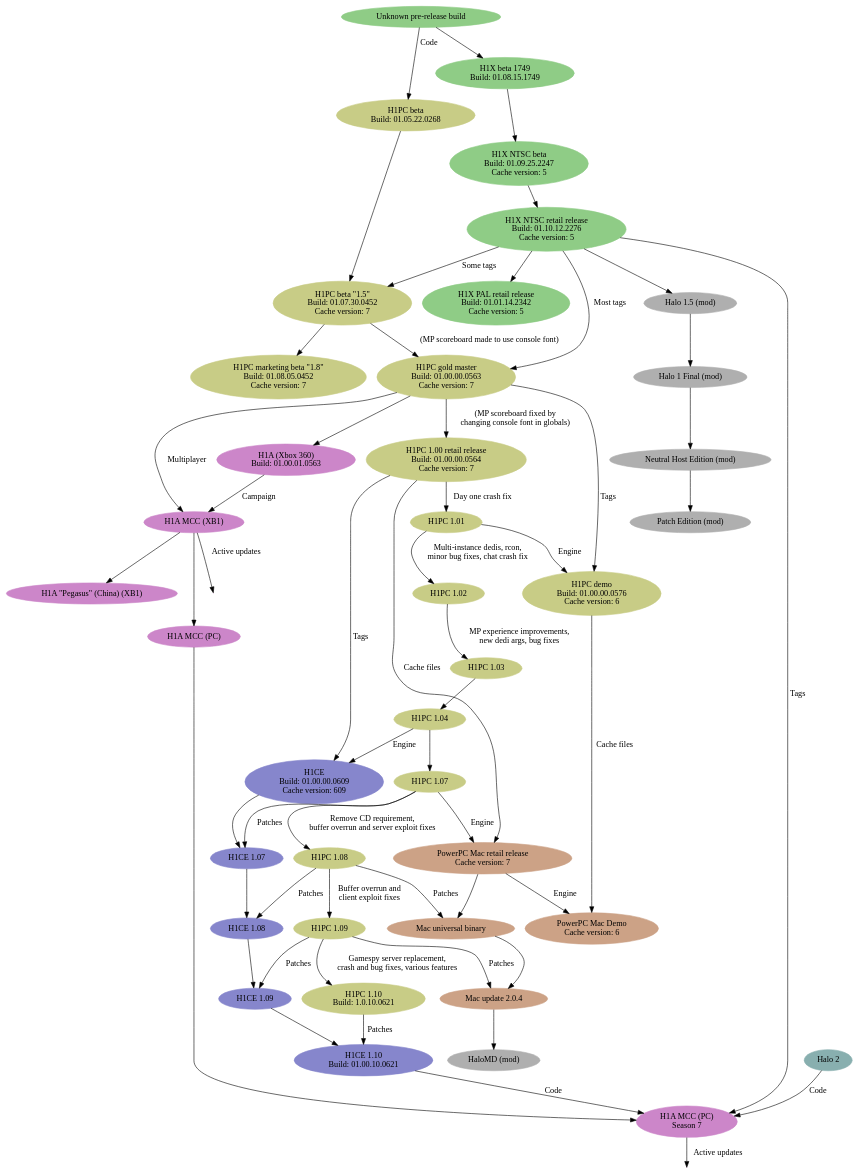
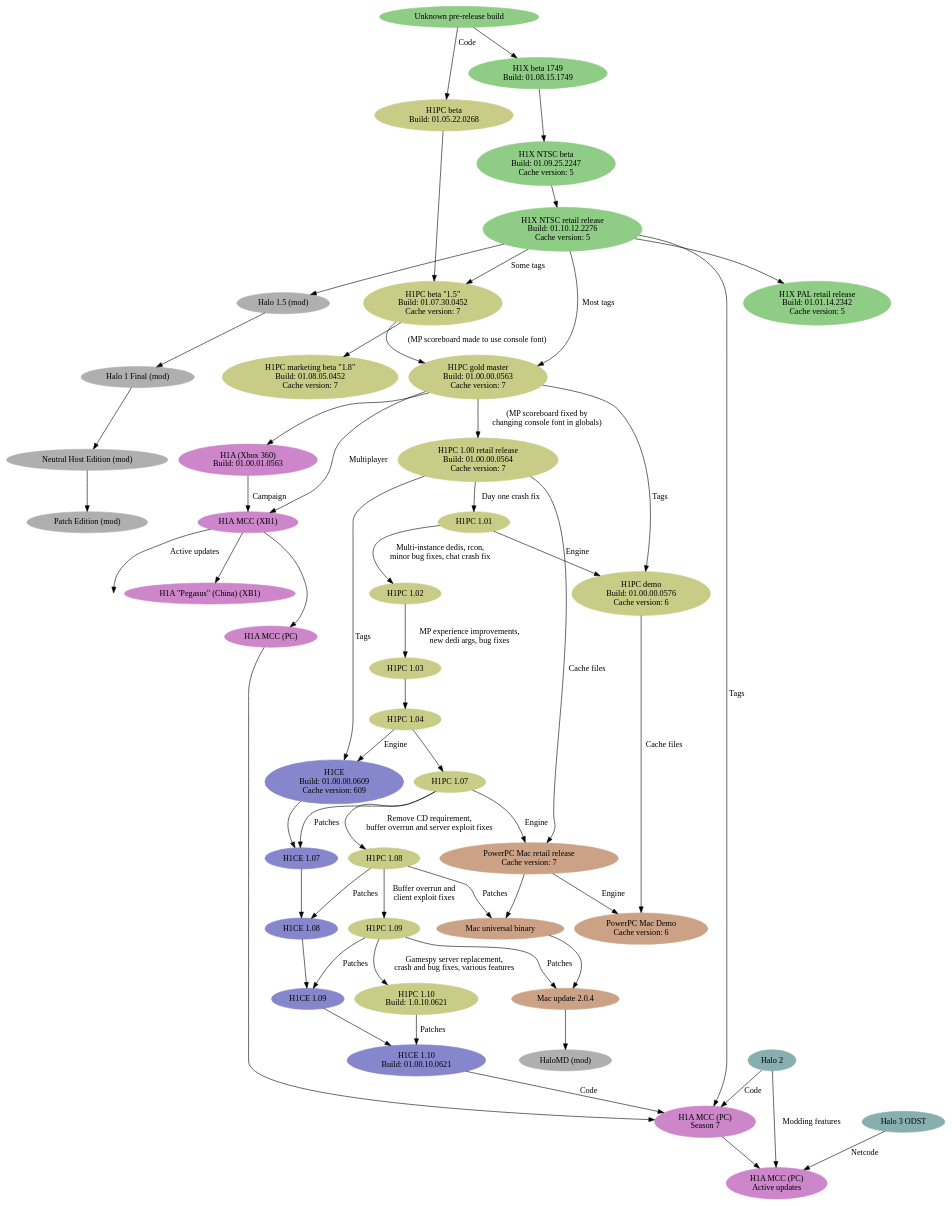
Before and after one commit to Sigmmma/c20: the diagram in src/content/h1/games.dot, drawn with Graphviz. The commit also changed 22 other files, not shown here.

```diff
--- a/src/content/h1/games.dot
+++ b/src/content/h1/games.dot
@@ -1,136 +1,139 @@
 digraph G {
   subgraph h1x {
     node [style=filled color="#8fcc86"]
     h1x_pre [label="Unknown pre-release build"]
     h1x_1749 [label="H1X beta 1749\nBuild: 01.08.15.1749"]
     h1x_ntsc_beta [label="H1X NTSC beta\nBuild: 01.09.25.2247\nCache version: 5"]
     h1x_ntsc_retail [label="H1X NTSC retail release\nBuild: 01.10.12.2276\nCache version: 5"]
     h1x_pal_retail [label="H1X PAL retail release\nBuild: 01.01.14.2342\nCache version: 5"]
   }
 
   #mods
   node [style=filled color="#afafaf"];
   h15 [label="Halo 1.5 (mod)"];
   h1final [label="Halo 1 Final (mod)"];
   nhe [label="Neutral Host Edition (mod)"];
   pe [label="Patch Edition (mod)"];
   halomd [label="HaloMD (mod)"];
 
   subgraph h1pc {
     node [style=filled color="#c8cc86"];
     pc_beta1 [label="H1PC beta\nBuild: 01.05.22.0268"];
     pc_beta2 [label="H1PC beta \"1.5\"\nBuild: 01.07.30.0452\nCache version: 7"];
     pc_beta3 [label="H1PC marketing beta \"1.8\"\nBuild: 01.08.05.0452 \nCache version: 7"];
     pc_gold [label="H1PC gold master\nBuild: 01.00.00.0563\nCache version: 7"];
     pc_100 [label="H1PC 1.00 retail release\nBuild: 01.00.00.0564\nCache version: 7"];
     pc_101 [label="H1PC 1.01"];
     pc_102 [label="H1PC 1.02"];
     pc_103 [label="H1PC 1.03"];
     pc_104 [label="H1PC 1.04"];
     pc_107 [label="H1PC 1.07"];
     pc_108 [label="H1PC 1.08"];
     pc_109 [label="H1PC 1.09"];
     pc_110 [label="H1PC 1.10\nBuild: 1.0.10.0621"];
     pc_demo [label="H1PC demo\nBuild: 01.00.00.0576\nCache version: 6"];
   }
 
   subgraph mac {
     node [style=filled color="#cca286"];
     mac_retail [label="PowerPC Mac retail release\nCache version: 7"];
     mac_universal [label="Mac universal binary"];
     mac_204 [label="Mac update 2.0.4"];
     mac_demo [label="PowerPC Mac Demo\nCache version: 6"];
   }
 
   subgraph h1ce {
     node [style=filled color="#8686cc"];
     h1ce_100 [label="H1CE\nBuild: 01.00.00.0609\nCache version: 609"];
     h1ce_107 [label="H1CE 1.07"];
     h1ce_108 [label="H1CE 1.08"];
     h1ce_109 [label="H1CE 1.09"];
     h1ce_110 [label="H1CE 1.10\nBuild: 01.00.10.0621"];
   }
 
   subgraph h1a {
     node [style=filled color="#cc86c9"];
     h1a_360 [label="H1A (Xbox 360)\nBuild: 01.00.01.0563"];
     h1a_xbone [label="H1A MCC (XB1)"];
     h1a_xbone_china [label="H1A \"Pegasus\" (China) (XB1)"];
     h1a_pc [label="H1A MCC (PC)"];
     h1a_pc_s7 [label="H1A MCC (PC)\nSeason 7"];
-    h1a_pc_live [label="", fixedsize="false", width=0, height=0, shape=none];
+    h1a_pc_live [label="H1A MCC (PC)\nActive updates"];
     h1a_xbone_live [label="", fixedsize="false", width=0, height=0, shape=none];
   }
 
 
 
   #other games
   node [style=filled color="#88afaf"];
   h2 [label="Halo 2"];
+  odst [label="Halo 3 ODST"];
 
   h1x_pre -> h1x_1749;
   h1x_1749 -> h1x_ntsc_beta;
   h1x_ntsc_beta -> h1x_ntsc_retail;
   h1x_ntsc_retail -> h1x_pal_retail;
 
   # gearbox pc line
   h1x_pre -> pc_beta1 [label="Code"];
   pc_beta1 -> pc_beta2;
   h1x_ntsc_retail -> pc_beta2 [label="Some tags"];
   pc_beta2 -> pc_beta3;
   pc_beta2 -> pc_gold [label="(MP scoreboard made to use console font)"];
   h1x_ntsc_retail -> pc_gold [label="Most tags"];
   pc_gold -> pc_100 [label="(MP scoreboard fixed by\nchanging console font in globals)"];
   pc_100 -> pc_101 [label="Day one crash fix"];
   pc_101 -> pc_102 [label="Multi-instance dedis, rcon,\nminor bug fixes, chat crash fix"];
   pc_102 -> pc_103 [label="MP experience improvements,\nnew dedi args, bug fixes"];
   pc_103 -> pc_104;
   pc_104 -> pc_107;
   pc_107 -> pc_108 [label="Remove CD requirement,\nbuffer overrun and server exploit fixes"];
   pc_108 -> pc_109 [label="Buffer overrun and\nclient exploit fixes"];
   pc_109 -> pc_110 [label="Gamespy server replacement,\ncrash and bug fixes, various features"];
   pc_gold -> pc_demo [label="Tags"];
   pc_101 -> pc_demo [label="Engine"];
 
   # custom edition line
   pc_104 -> h1ce_100 [label="Engine"];
   pc_100 -> h1ce_100 [label="Tags"];
   h1ce_100 -> h1ce_107;
   pc_107 -> h1ce_107 [label="Patches"];
   h1ce_107 -> h1ce_108;
   pc_108 -> h1ce_108 [label="Patches"];
   h1ce_108 -> h1ce_109;
   pc_109 -> h1ce_109 [label="Patches"];
   h1ce_109 -> h1ce_110;
   pc_110 -> h1ce_110 [label="Patches"];
 
   # mac
   pc_demo -> mac_demo [label="Cache files"];
   pc_100 -> mac_retail [label="Cache files"];
   pc_107 -> mac_retail [label="Engine"];
   mac_retail -> mac_demo [label="Engine"];
   mac_retail -> mac_universal;
   pc_108 -> mac_universal [label="Patches"];
   mac_universal -> mac_204;
   pc_109 -> mac_204 [label="Patches"];
 
   # mods
   h1x_ntsc_retail -> h15;
   h15 -> h1final;
   h1final -> nhe;
   nhe -> pe;
   mac_204 -> halomd;
 
   # h1a and mcc
   pc_gold -> h1a_360;
   h1a_360 -> h1a_xbone [label="Campaign"];
   pc_gold -> h1a_xbone [label="Multiplayer"];
   h1a_xbone -> h1a_pc;
   h1a_xbone -> h1a_xbone_live [label="Active updates"];
   h1a_xbone -> h1a_xbone_china;
   h1a_pc -> h1a_pc_s7;
   h1ce_110 -> h1a_pc_s7 [label="Code"];
   h1x_ntsc_retail -> h1a_pc_s7 [label="Tags"];
   h2 -> h1a_pc_s7 [label="Code"];
-  h1a_pc_s7 -> h1a_pc_live [label="Active updates"];
+  h2 -> h1a_pc_live [label="Modding features"];
+  odst -> h1a_pc_live [label="Netcode"];
+  h1a_pc_s7 -> h1a_pc_live;
 }
```
